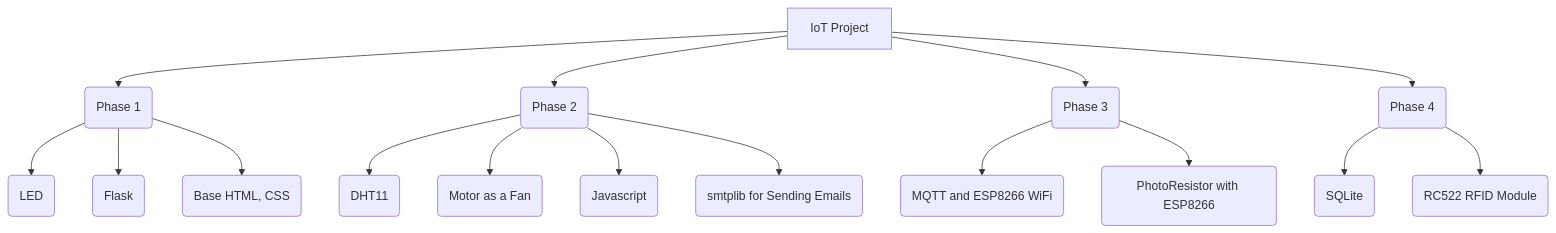
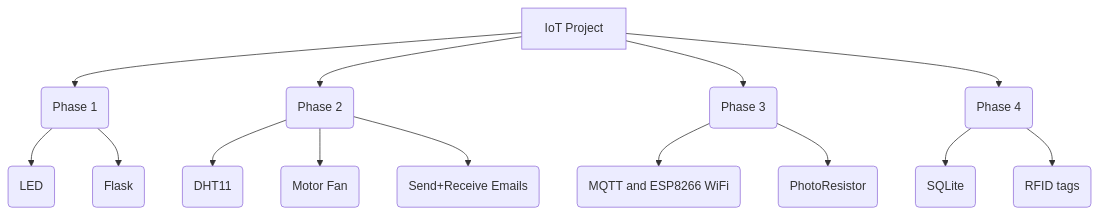
The diagram in README.md (2191818/IoTProject), drawn with Mermaid before and after one commit.

````diff
--- a/README.md
+++ b/README.md
@@ -15,18 +15,16 @@
 ```mermaid
 graph TD
     A[IoT Project] --> B(Phase 1)
     A --> C(Phase 2)
     A --> D(Phase 3)
     A --> E(Phase 4)
     B --> F(LED)
     B --> G(Flask)
-    B --> H(Base HTML, CSS)
     C --> I(DHT11)
-    C --> J(Motor as a Fan)
-    C --> K(Javascript)
-    C --> L(smtplib for Sending Emails)
+    C --> J(Motor Fan)
+    C --> L(Send+Receive Emails <smtplib>)
     D --> M(MQTT and ESP8266 WiFi)
-    D --> N(PhotoResistor with ESP8266)
+    D --> N(PhotoResistor)
     E --> P(SQLite)
-    E --> S(RC522 RFID Module)
+    E --> S(RFID tags)
 ```
````
